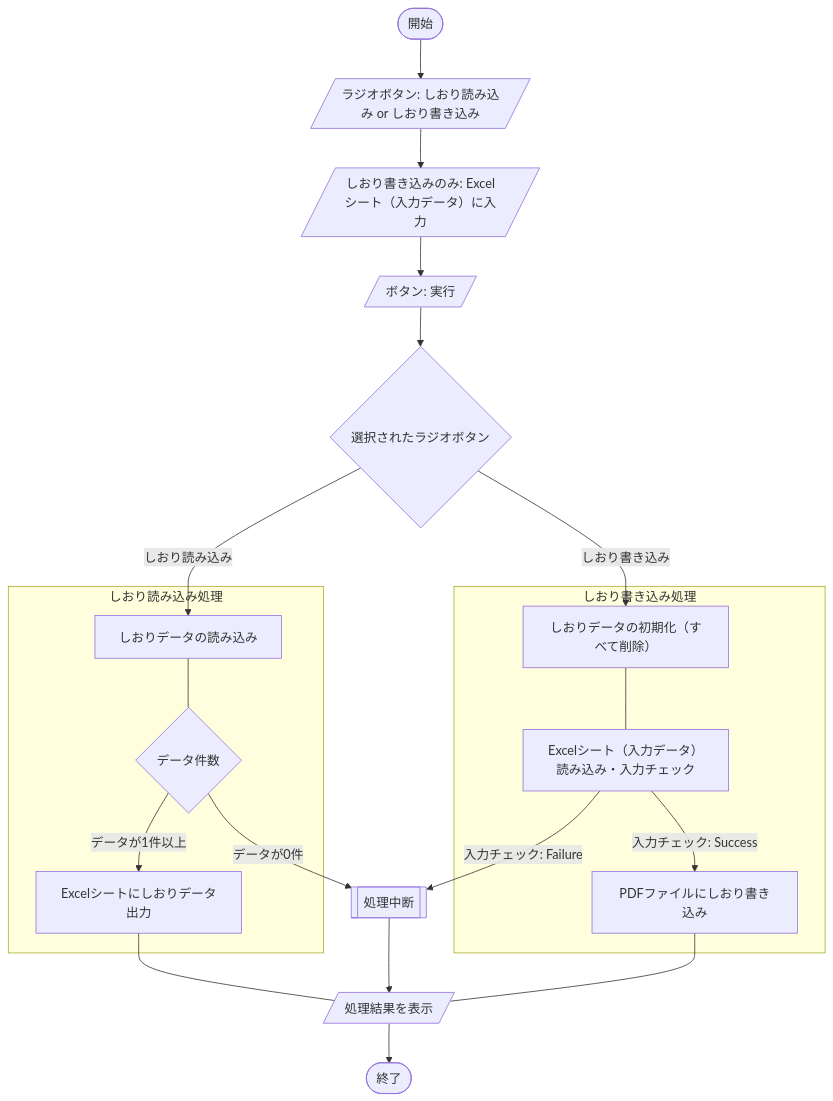
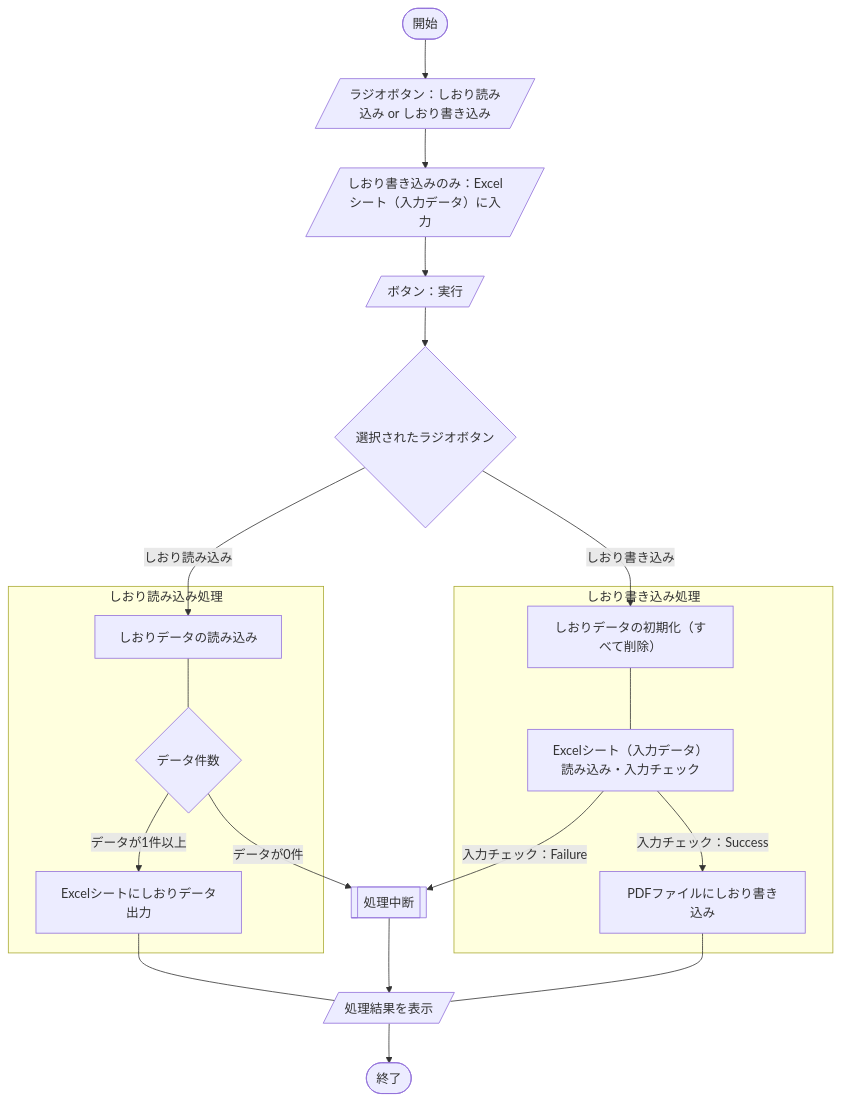
Before and after one commit to akiGAMEBOY/haretokidoki_zn: the diagram in articles/4fe3c9492bb0e2.md, drawn with Mermaid. The commit also changed other lines of this file and 22 other files, not shown here.

````diff
--- a/articles/4fe3c9492bb0e2.md
+++ b/articles/4fe3c9492bb0e2.md
@@ -72,23 +72,23 @@
 ```mermaid
 flowchart TB
-    A(["開始"]) --> B[/"ラジオボタン: しおり読み込み or しおり書き込み"/]
-    B --> C[/"しおり書き込みのみ: Excelシート（入力データ）に入力"/]
-    C --> D[/"ボタン: 実行"/]
+    A(["開始"]) --> B[/"ラジオボタン：しおり読み込み or しおり書き込み"/]
+    B --> C[/"しおり書き込みのみ：Excelシート（入力データ）に入力"/]
+    C --> D[/"ボタン：実行"/]
     D --> E{"選択されたラジオボタン"}
     E --> |"しおり読み込み"| F["しおりデータの読み込み"]
     subgraph "しおり読み込み処理"
     F --- G{"データ件数"}
     G --> |"データが1件以上"| H["Excelシートにしおりデータ出力"]
     end
     H ---  M[/"処理結果を表示"/]
     G --> |"データが0件"| I[["処理中断"]]
     I --> M
     E --> |"しおり書き込み"| J["しおりデータの初期化（すべて削除）"]
     subgraph "しおり書き込み処理"
     J --- K["Excelシート（入力データ）読み込み・入力チェック"]
-    K --> |"入力チェック: Success"| L["PDFファイルにしおり書き込み"]
+    K --> |"入力チェック：Success"| L["PDFファイルにしおり書き込み"]
     end
-    K --> |"入力チェック: Failure"| I
+    K --> |"入力チェック：Failure"| I
     L --- M
     M --> P(["終了"])
 ```
````
